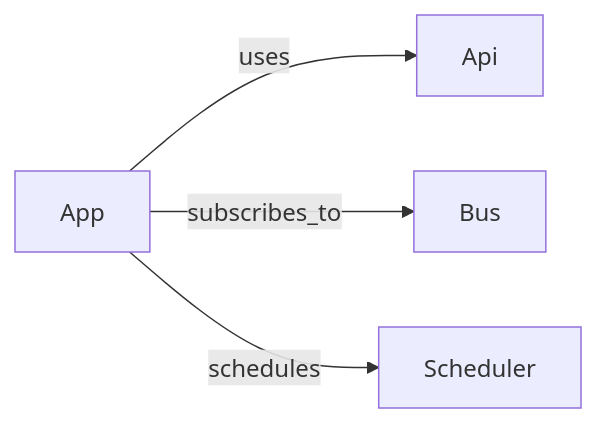
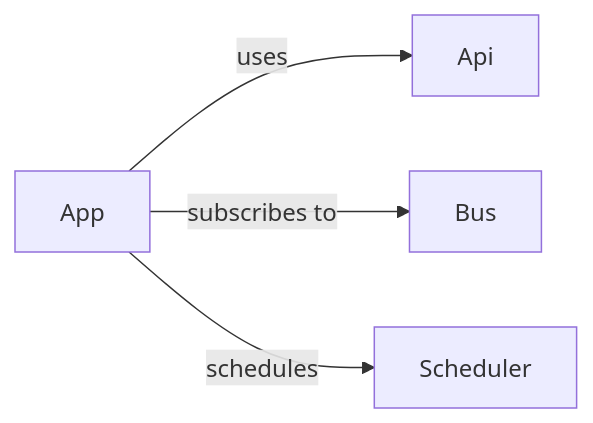
Before and after one commit to NodeJSmith/hassette: the diagram in docs/pages/core-concepts/apps/index.md, drawn with Mermaid. The commit also changed other lines of this file and 14 other files, not shown here.

````diff
--- a/docs/pages/core-concepts/apps/index.md
+++ b/docs/pages/core-concepts/apps/index.md
@@ -9,6 +12,6 @@
 ```mermaid
 graph LR
-    App -- uses --> Api
-    App -- subscribes_to --> Bus
-    App -- schedules --> Scheduler
+    A[App] -->|uses| Api
+    A -->|subscribes to| Bus
+    A -->|schedules| Scheduler
 ```
````
